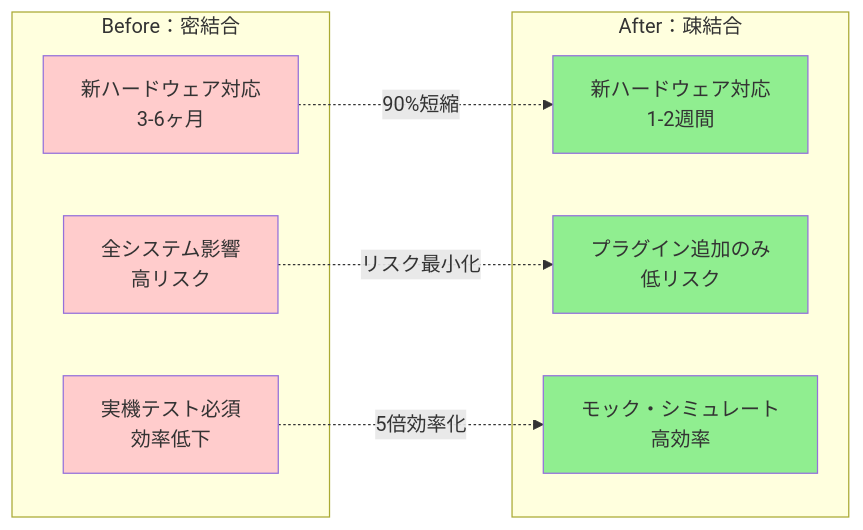
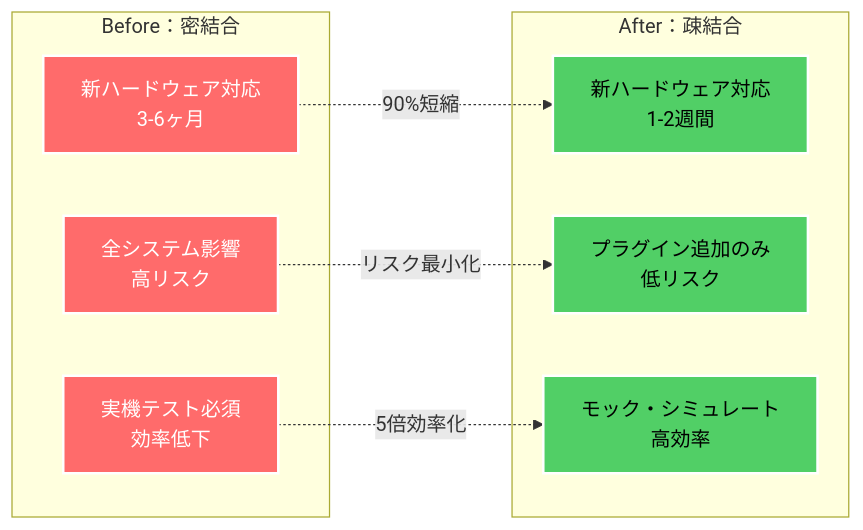
The fourth of 14 diagrams in docs/new-system/architecture/system-overview-diagrams.md (w-pinkietech/iot4-copy), drawn with Mermaid before and after one commit. The commit also changed other lines of this file, not shown here.

First line of the commit message:
docs: Fix Mermaid syntax and improve dark mode colors in system diagrams

````diff
--- a/docs/new-system/architecture/system-overview-diagrams.md
+++ b/docs/new-system/architecture/system-overview-diagrams.md
@@ -183,25 +183,25 @@
 ```mermaid
 graph LR
     subgraph "Before：密結合"
         B1[新ハードウェア対応<br/>3-6ヶ月]
         B2[全システム影響<br/>高リスク]
         B3[実機テスト必須<br/>効率低下]
     end
     
     subgraph "After：疎結合"
         A1[新ハードウェア対応<br/>1-2週間]
         A2[プラグイン追加のみ<br/>低リスク]
         A3[モック・シミュレート<br/>高効率]
     end
     
     B1 -.->|90%短縮| A1
     B2 -.->|リスク最小化| A2
     B3 -.->|5倍効率化| A3
     
-    style A1 fill:#90EE90
-    style A2 fill:#90EE90
-    style A3 fill:#90EE90
-    style B1 fill:#ffcccc
-    style B2 fill:#ffcccc
-    style B3 fill:#ffcccc
+    style A1 fill:#51cf66,stroke:#fff,stroke-width:2px,color:#000
+    style A2 fill:#51cf66,stroke:#fff,stroke-width:2px,color:#000
+    style A3 fill:#51cf66,stroke:#fff,stroke-width:2px,color:#000
+    style B1 fill:#ff6b6b,stroke:#fff,stroke-width:2px,color:#fff
+    style B2 fill:#ff6b6b,stroke:#fff,stroke-width:2px,color:#fff
+    style B3 fill:#ff6b6b,stroke:#fff,stroke-width:2px,color:#fff
 ```
````
